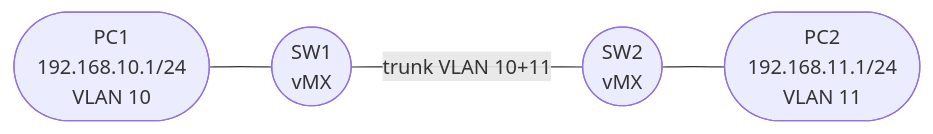
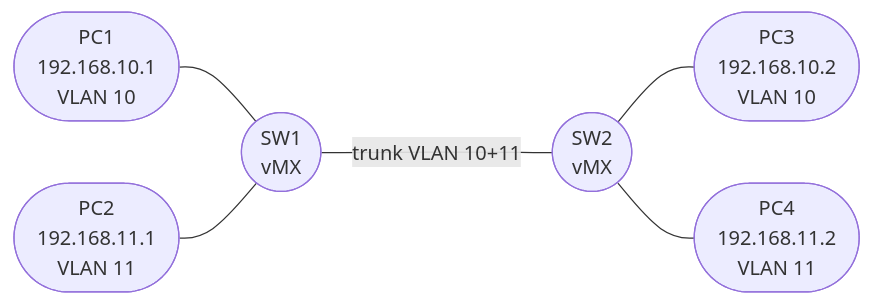
The diagram in docs/session3/index.md (DaveGirgis/NetworkSwitchLab-JUNOS), drawn with Mermaid before and after one commit. The commit also changed other lines of this file and 7 other files, not shown here.

````diff
--- a/docs/session3/index.md
+++ b/docs/session3/index.md
@@ -21,6 +21,8 @@
 ```mermaid
 graph LR
-  PC1([PC1<br/>192.168.10.1/24<br/>VLAN 10]) --- SW1([SW1<br/>vMX])
+  PC1([PC1<br/>192.168.10.1<br/>VLAN 10]) --- SW1([SW1<br/>vMX])
+  PC2([PC2<br/>192.168.11.1<br/>VLAN 11]) --- SW1
   SW1 ---|trunk VLAN 10+11| SW2([SW2<br/>vMX])
-  SW2 --- PC2([PC2<br/>192.168.11.1/24<br/>VLAN 11])
+  SW2 --- PC3([PC3<br/>192.168.10.2<br/>VLAN 10])
+  SW2 --- PC4([PC4<br/>192.168.11.2<br/>VLAN 11])
 ```
````
